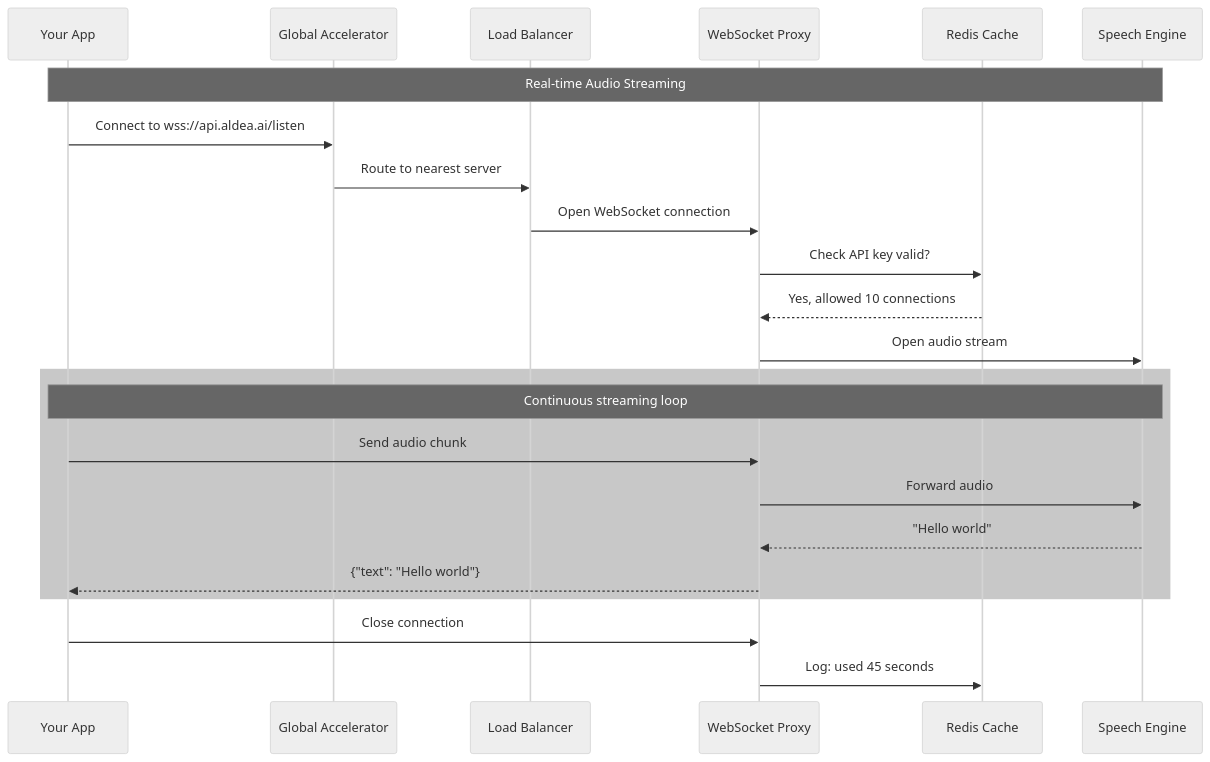
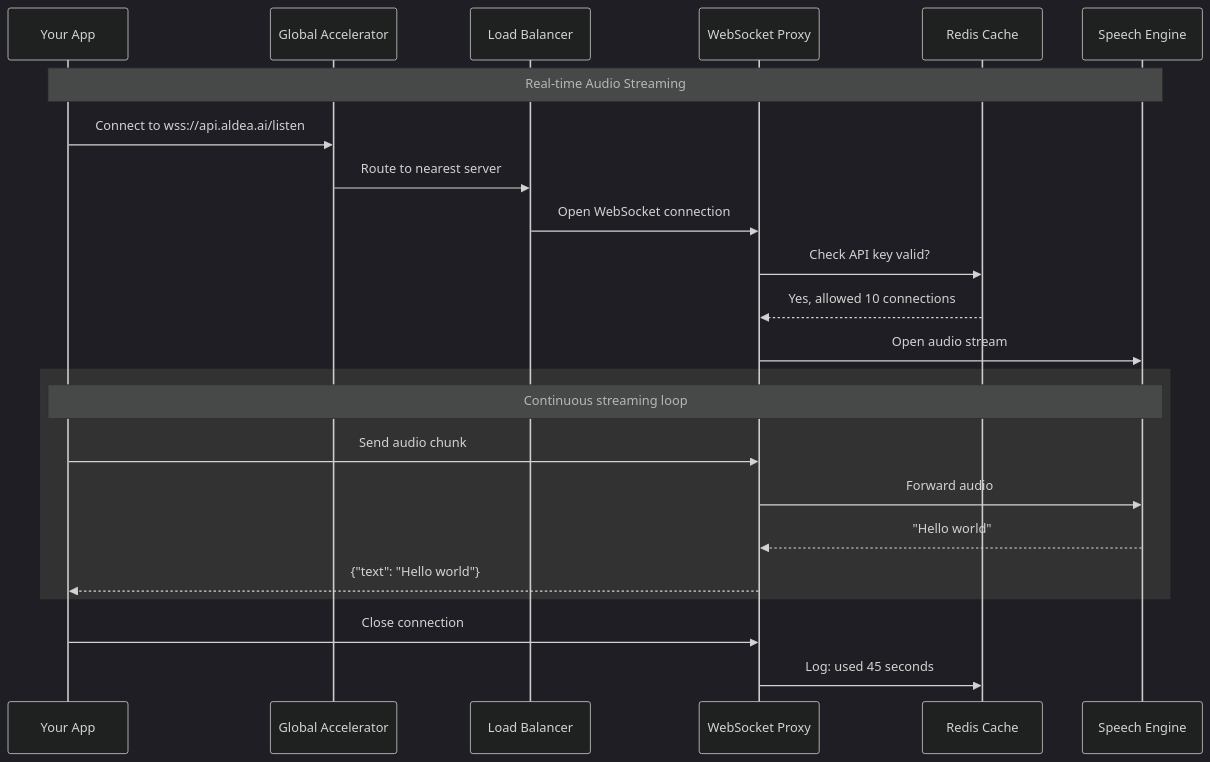
The fourth of 8 diagrams in diagrams/ecs-architecture.md (aldea-ai/infrastructure-docs), drawn with Mermaid before and after one commit. The commit also changed other lines of this file and 2 other files, not shown here.

Commit message:
Use dark theme for proper dark mode rendering

````diff
--- a/diagrams/ecs-architecture.md
+++ b/diagrams/ecs-architecture.md
@@ -134,32 +134,32 @@
 ```mermaid
-%%{init: {'theme': 'neutral'}}%%
+%%{init: {'theme': 'dark'}}%%
 sequenceDiagram
     participant App as Your App
     participant GA as Global Accelerator
     participant LB as Load Balancer
     participant WS as WebSocket Proxy
     participant Redis as Redis Cache
     participant STT as Speech Engine
 
     Note over App,STT: Real-time Audio Streaming
 
     App->>GA: Connect to wss://api.aldea.ai/listen
     GA->>LB: Route to nearest server
     LB->>WS: Open WebSocket connection
 
     WS->>Redis: Check API key valid?
     Redis-->>WS: Yes, allowed 10 connections
 
     WS->>STT: Open audio stream
 
-    rect rgb(200, 200, 200)
+    rect rgb(50, 50, 50)
         Note over App,STT: Continuous streaming loop
         App->>WS: Send audio chunk
         WS->>STT: Forward audio
         STT-->>WS: "Hello world"
         WS-->>App: {"text": "Hello world"}
     end
 
     App->>WS: Close connection
     WS->>Redis: Log: used 45 seconds
 ```
````
